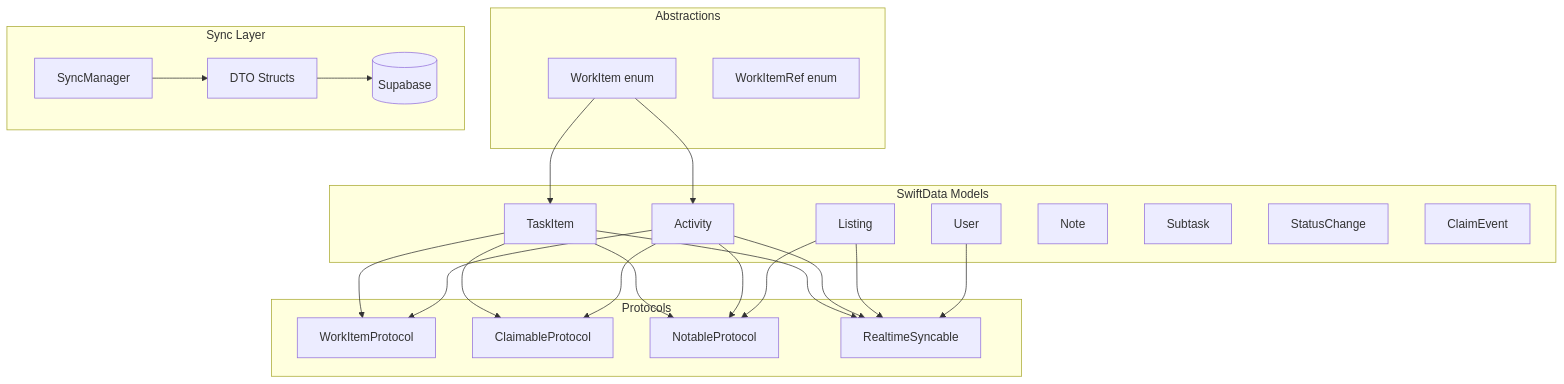
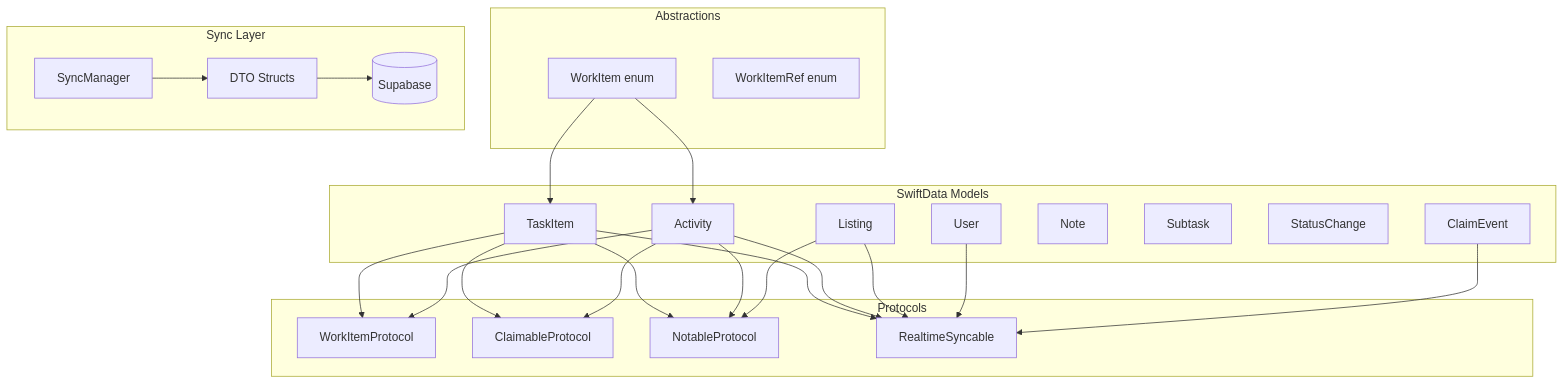
Before and after one commit to ArchieOS-org/Dispatch: the first of 3 diagrams in DATA_SYSTEM.md, drawn with Mermaid. The commit also changed other lines of this file, not shown here.

First line of the commit message:
docs: update DATA_SYSTEM.md with ClaimEvent sync support

````diff
--- a/DATA_SYSTEM.md
+++ b/DATA_SYSTEM.md
@@ -7,52 +7,54 @@
 ```mermaid
 graph TB
     subgraph SwiftData Models
         User
         Listing
         TaskItem
         Activity
         Note
         Subtask
         StatusChange
         ClaimEvent
     end
 
     subgraph Protocols
         WorkItemProtocol
         ClaimableProtocol
         NotableProtocol
         RealtimeSyncable
     end
 
     subgraph Abstractions
         WorkItem[WorkItem enum]
         WorkItemRef[WorkItemRef enum]
     end
 
     subgraph Sync Layer
         SyncManager
         DTOs[DTO Structs]
         Supabase[(Supabase)]
     end
 
     TaskItem --> WorkItemProtocol
     TaskItem --> ClaimableProtocol
     TaskItem --> NotableProtocol
     TaskItem --> RealtimeSyncable
 
     Activity --> WorkItemProtocol
     Activity --> ClaimableProtocol
     Activity --> NotableProtocol
     Activity --> RealtimeSyncable
 
     Listing --> NotableProtocol
     Listing --> RealtimeSyncable
 
     User --> RealtimeSyncable
 
+    ClaimEvent --> RealtimeSyncable
+
     WorkItem --> TaskItem
     WorkItem --> Activity
 
     SyncManager --> DTOs
     DTOs --> Supabase
 ```
````
